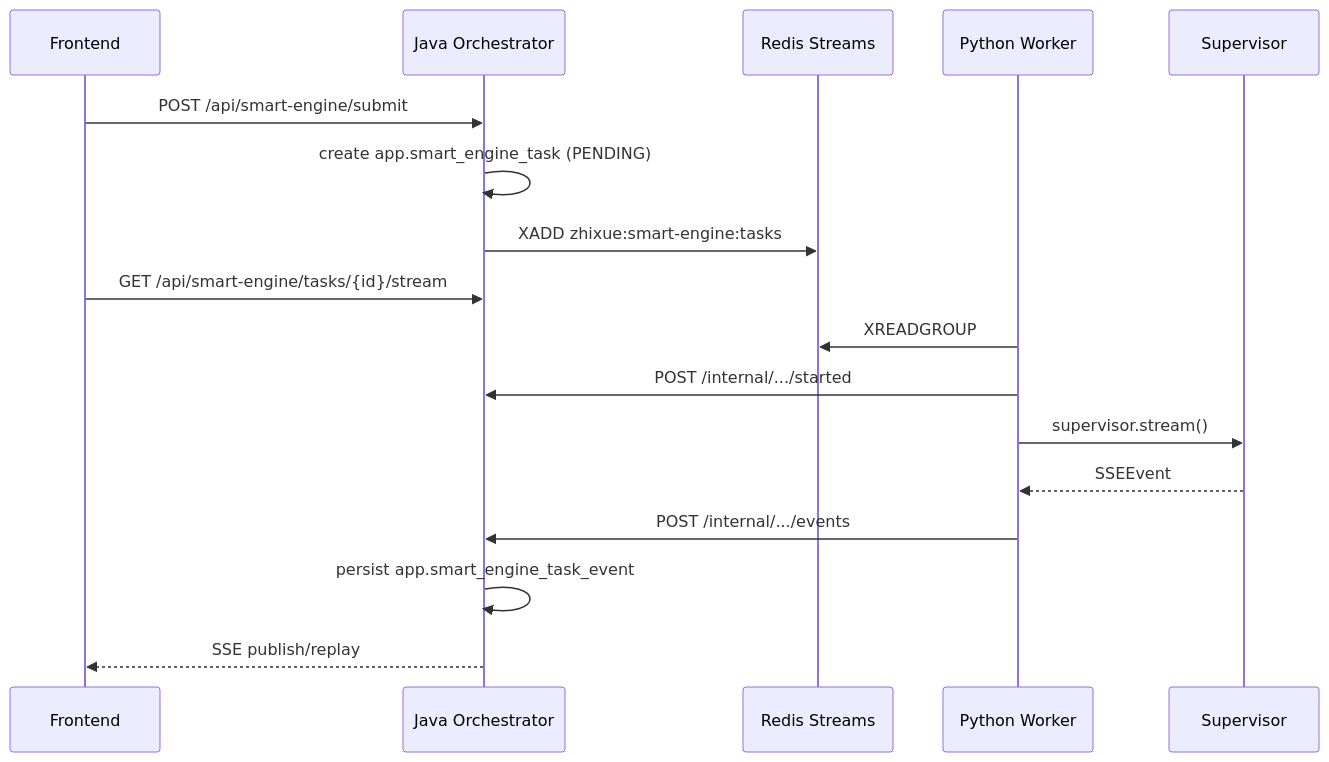
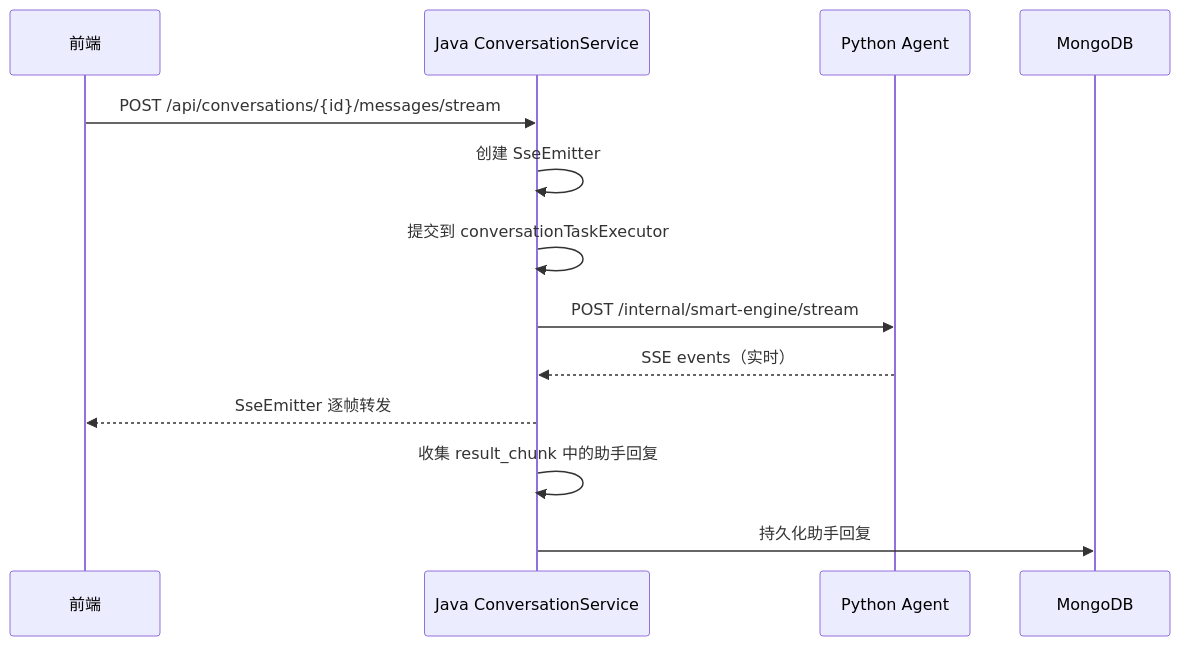
One commit to zzp1221/Multi-Agent-Learning-System changed the ninth of 22 diagrams in docs/架构文档.md. Above: the diagram before and after it, drawn with Mermaid. The commit also changed other lines of this file and 11 other files, not shown here.

First line of the commit message:
docs: update README, deployment, architecture docs and remove obsolete planning docs

````diff
--- a/docs/架构文档.md
+++ b/docs/架构文档.md
@@ -175,20 +480,16 @@
 ```mermaid
 sequenceDiagram
-  participant FE as Frontend
-  participant J as Java Orchestrator
-  participant R as Redis Streams
-  participant W as Python Worker
-  participant S as Supervisor
+    participant FE as 前端
+    participant J as Java ConversationService
+    participant P as Python Agent
+    participant M as MongoDB
 
-  FE->>J: POST /api/smart-engine/submit
-  J->>J: create app.smart_engine_task (PENDING)
-  J->>R: XADD zhixue:smart-engine:tasks
-  FE->>J: GET /api/smart-engine/tasks/{id}/stream
-  W->>R: XREADGROUP
-  W->>J: POST /internal/.../started
-  W->>S: supervisor.stream()
-  S-->>W: SSEEvent
-  W->>J: POST /internal/.../events
-  J->>J: persist app.smart_engine_task_event
-  J-->>FE: SSE publish/replay
+    FE->>J: POST /api/conversations/{id}/messages/stream
+    J->>J: 创建 SseEmitter
+    J->>J: 提交到 conversationTaskExecutor
+    J->>P: POST /internal/smart-engine/stream
+    P-->>J: SSE events（实时）
+    J-->>FE: SseEmitter 逐帧转发
+    J->>J: 收集 result_chunk 中的助手回复
+    J->>M: 持久化助手回复
 ```
````
